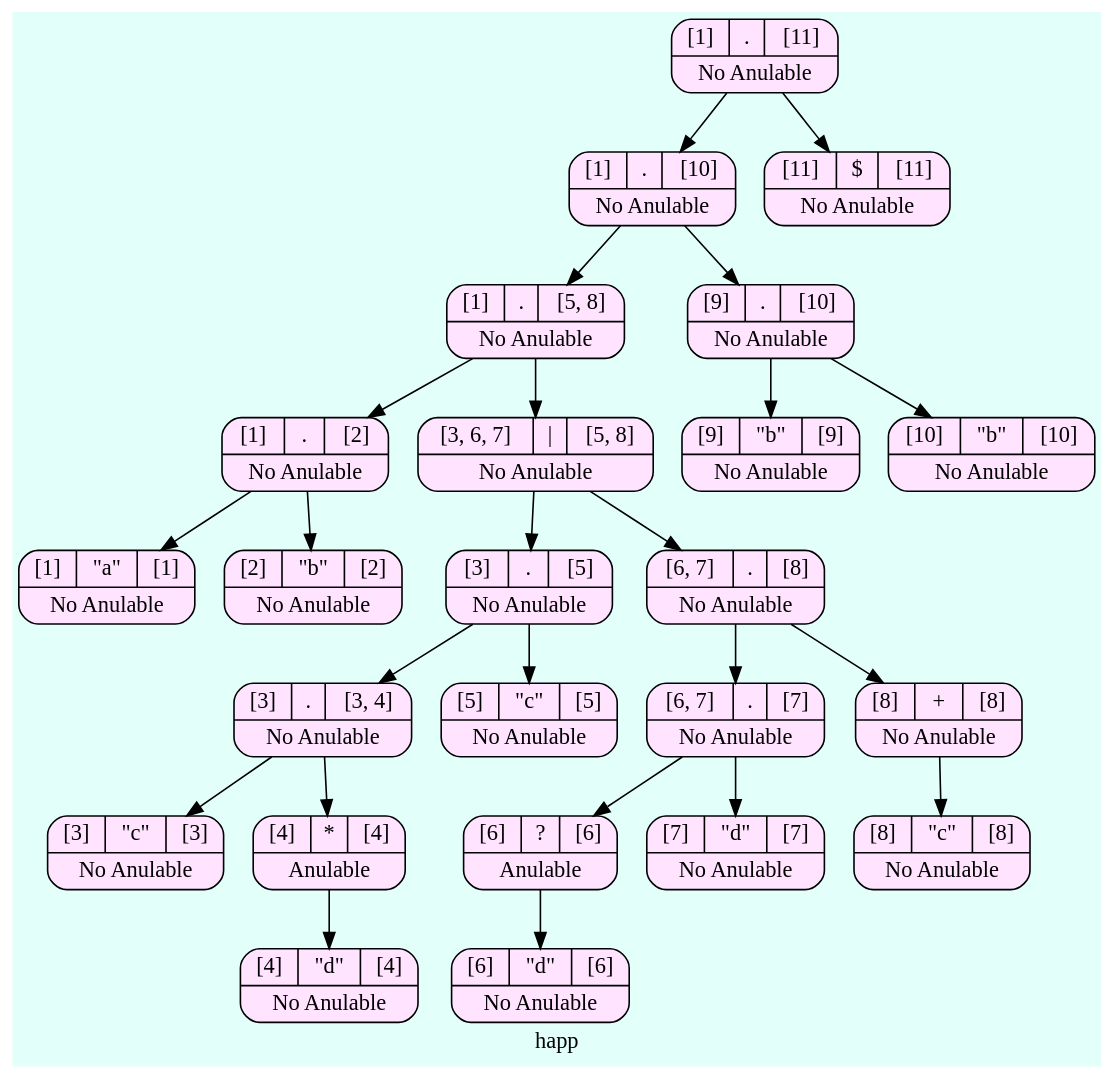
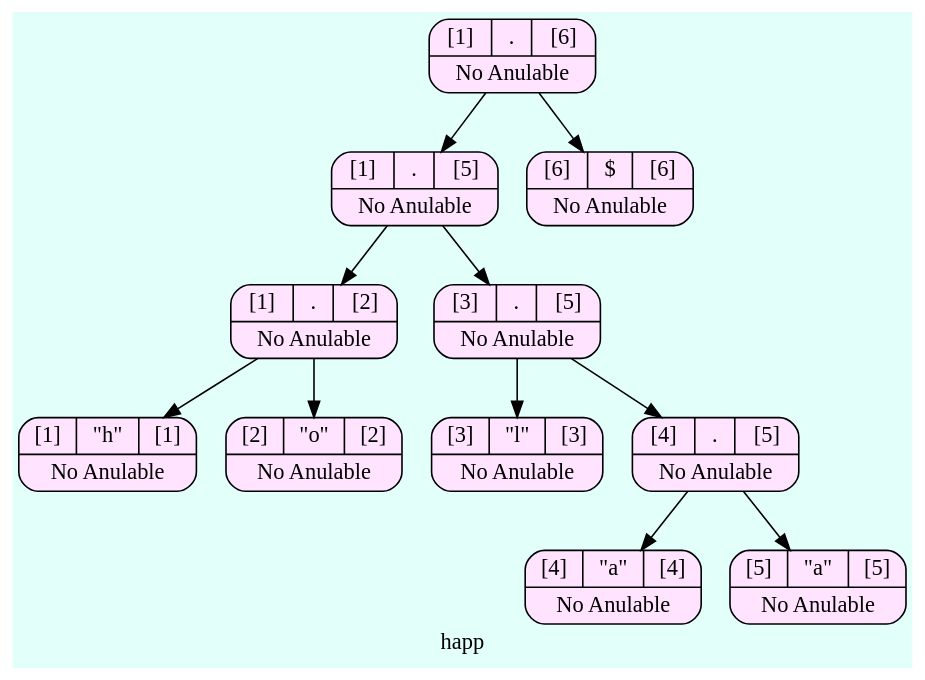
The diagram in ARBOLES_202000119/Arbol_happ.dot (SergieArizandieta/OLC1-P1-202000119), drawn with Graphviz before and after one commit. The commit also changed 49 other files, not shown here.

```diff
--- a/ARBOLES_202000119/Arbol_happ.dot
+++ b/ARBOLES_202000119/Arbol_happ.dot
@@ -1,53 +1,27 @@
 digraph structs {
   bgcolor = "#E3FFFA"
    node [shape=Mrecord fillcolor="#FFE3FF" style =filled];
 label ="happ"
-    struct375197995    [label="{{[1]|<here>.|[11]}|No Anulable}"];
-    struct375197995-> struct1678617483
-    struct1678617483    [label="{{[1]|<here>.|[10]}|No Anulable}"];
-    struct1678617483-> struct2057028522
-    struct2057028522    [label="{{[1]|<here>.|[5, 8]}|No Anulable}"];
-    struct2057028522-> struct393312137
-    struct393312137    [label="{{[1]|<here>.|[2]}|No Anulable}"];
-    struct393312137-> struct1776019461
-    struct1776019461    [label="{{[1]|<here>\"a\"|[1]}|No Anulable}"];
-    struct393312137-> struct1619216198
-    struct1619216198    [label="{{[2]|<here>\"b\"|[2]}|No Anulable}"];
-    struct2057028522-> struct1151426159
-    struct1151426159    [label="{{[3, 6, 7]|<here>\||[5, 8]}|No Anulable}"];
-    struct1151426159-> struct1492169805
-    struct1492169805    [label="{{[3]|<here>.|[5]}|No Anulable}"];
-    struct1492169805-> struct1860035734
-    struct1860035734    [label="{{[3]|<here>.|[3, 4]}|No Anulable}"];
-    struct1860035734-> struct337524604
-    struct337524604    [label="{{[3]|<here>\"c\"|[3]}|No Anulable}"];
-    struct1860035734-> struct1518490038
-    struct1518490038    [label="{{[4]|<here>*|[4]}|Anulable}"];
-    struct1518490038-> struct118346871
-    struct118346871    [label="{{[4]|<here>\"d\"|[4]}|No Anulable}"];
-    struct1492169805-> struct116746580
-    struct116746580    [label="{{[5]|<here>\"c\"|[5]}|No Anulable}"];
-    struct1151426159-> struct1664420641
-    struct1664420641    [label="{{[6, 7]|<here>.|[8]}|No Anulable}"];
-    struct1664420641-> struct728955152
-    struct728955152    [label="{{[6, 7]|<here>.|[7]}|No Anulable}"];
-    struct728955152-> struct1110781541
-    struct1110781541    [label="{{[6]|<here>?|[6]}|Anulable}"];
-    struct1110781541-> struct1873236158
-    struct1873236158    [label="{{[6]|<here>\"d\"|[6]}|No Anulable}"];
-    struct728955152-> struct612381288
-    struct612381288    [label="{{[7]|<here>\"d\"|[7]}|No Anulable}"];
-    struct1664420641-> struct403109265
-    struct403109265    [label="{{[8]|<here>+|[8]}|No Anulable}"];
-    struct403109265-> struct1940633330
-    struct1940633330    [label="{{[8]|<here>\"c\"|[8]}|No Anulable}"];
-    struct1678617483-> struct651963033
-    struct651963033    [label="{{[9]|<here>.|[10]}|No Anulable}"];
-    struct651963033-> struct65691480
-    struct65691480    [label="{{[9]|<here>\"b\"|[9]}|No Anulable}"];
-    struct651963033-> struct745511113
-    struct745511113    [label="{{[10]|<here>\"b\"|[10]}|No Anulable}"];
-    struct375197995-> struct48084880
-    struct48084880    [label="{{[11]|<here>$|[11]}|No Anulable}"];
+    struct1120592174    [label="{{[1]|<here>.|[6]}|No Anulable}"];
+    struct1120592174-> struct668353601
+    struct668353601    [label="{{[1]|<here>.|[5]}|No Anulable}"];
+    struct668353601-> struct580775943
+    struct580775943    [label="{{[1]|<here>.|[2]}|No Anulable}"];
+    struct580775943-> struct1050507957
+    struct1050507957    [label="{{[1]|<here>\"h\"|[1]}|No Anulable}"];
+    struct580775943-> struct734736345
+    struct734736345    [label="{{[2]|<here>\"o\"|[2]}|No Anulable}"];
+    struct668353601-> struct1051361965
+    struct1051361965    [label="{{[3]|<here>.|[5]}|No Anulable}"];
+    struct1051361965-> struct1945784503
+    struct1945784503    [label="{{[3]|<here>\"l\"|[3]}|No Anulable}"];
+    struct1051361965-> struct644334767
+    struct644334767    [label="{{[4]|<here>.|[5]}|No Anulable}"];
+    struct644334767-> struct1411416669
+    struct1411416669    [label="{{[4]|<here>\"a\"|[4]}|No Anulable}"];
+    struct644334767-> struct1056300446
+    struct1056300446    [label="{{[5]|<here>\"a\"|[5]}|No Anulable}"];
+    struct1120592174-> struct522931487
+    struct522931487    [label="{{[6]|<here>$|[6]}|No Anulable}"];
 
 }
```
